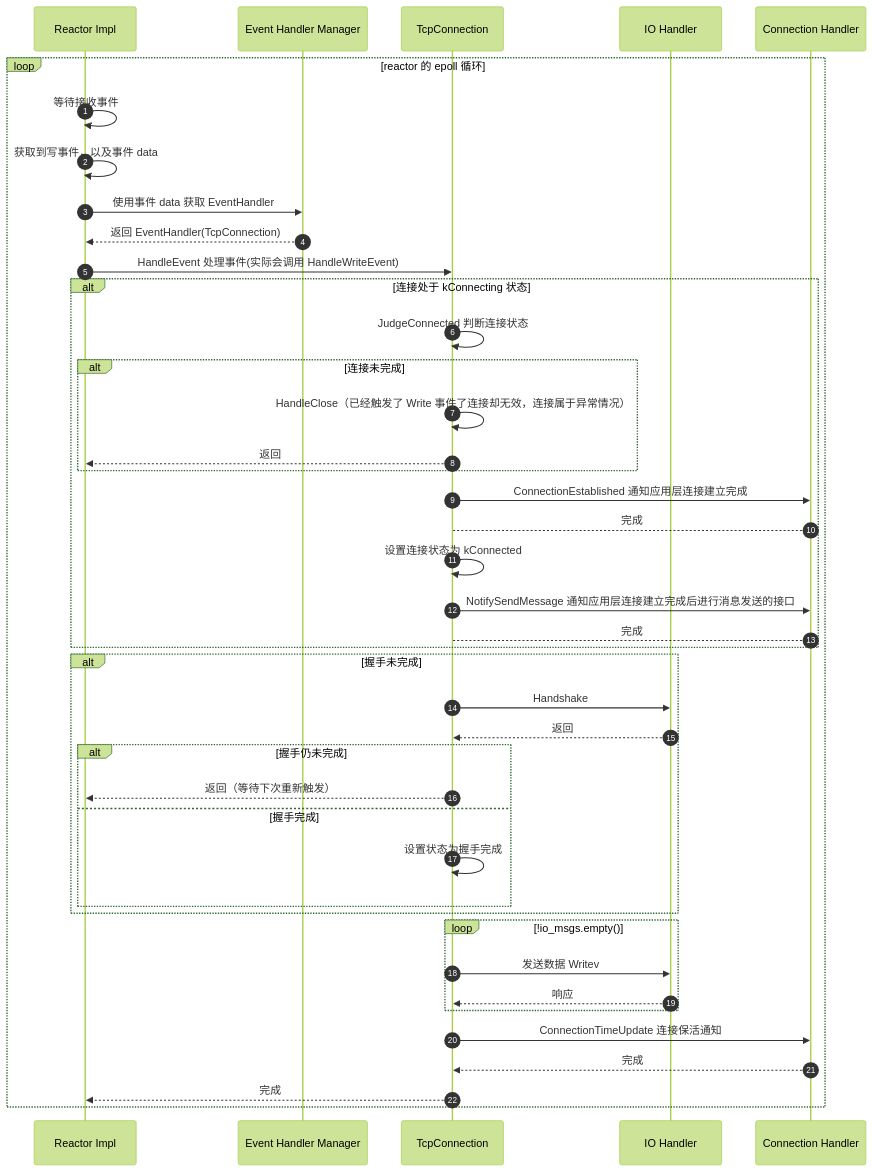
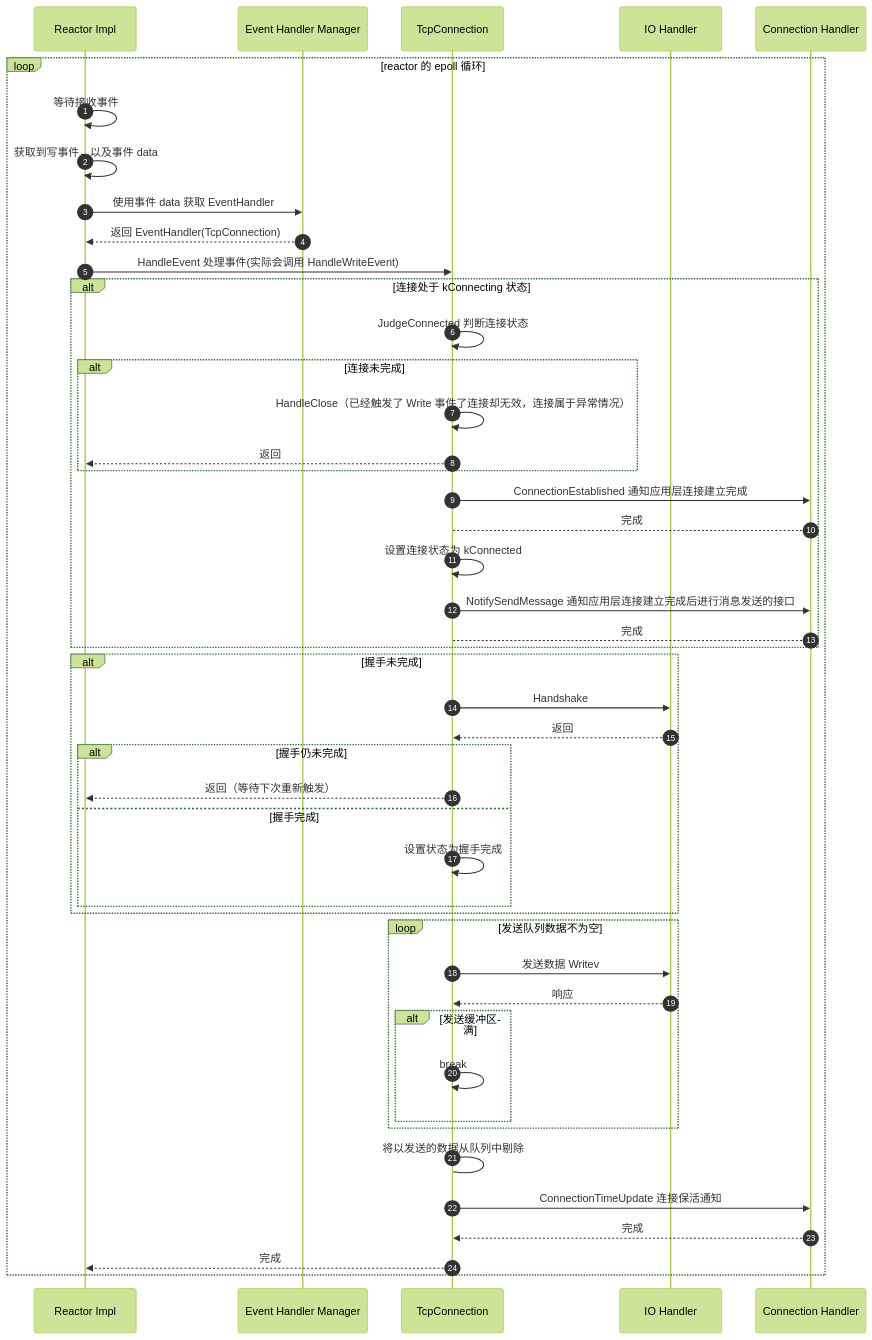
The fifth of 6 diagrams in posts/xrpc/xrpc-network-model/readme.md (lsj9383/blog), drawn with Mermaid (forest theme) before and after one commit. The commit also changed other lines of this file and 1 other file, not shown here.

````diff
--- a/posts/xrpc/xrpc-network-model/readme.md
+++ b/posts/xrpc/xrpc-network-model/readme.md
@@ -759,54 +680,59 @@
 ```mermaid
 sequenceDiagram
 autonumber
 
 participant reactor as Reactor Impl
 participant event_handler_manager as Event Handler Manager
 participant tcp_conn as TcpConnection
 participant io_handler as IO Handler
 participant conn_handler as Connection Handler
 
 loop reactor 的 epoll 循环
 
   reactor ->> reactor: 等待接收事件
   reactor ->> reactor: 获取到写事件，以及事件 data
   reactor ->> event_handler_manager: 使用事件 data 获取 EventHandler
   event_handler_manager -->> reactor: 返回 EventHandler(TcpConnection)
 
   reactor ->> tcp_conn: HandleEvent 处理事件(实际会调用 HandleWriteEvent)
 
   alt 连接处于 kConnecting 状态
     tcp_conn ->> tcp_conn: JudgeConnected 判断连接状态
     alt 连接未完成
       tcp_conn ->> tcp_conn: HandleClose（已经触发了 Write 事件了连接却无效，连接属于异常情况）
       tcp_conn -->> reactor: 返回
     end
     
     tcp_conn ->> conn_handler: ConnectionEstablished 通知应用层连接建立完成
     conn_handler --> tcp_conn: 完成
     tcp_conn ->> tcp_conn: 设置连接状态为 kConnected
     tcp_conn ->> conn_handler: NotifySendMessage 通知应用层连接建立完成后进行消息发送的接口
     conn_handler --> tcp_conn: 完成
   end
 
   alt 握手未完成
     tcp_conn ->> io_handler: Handshake
     io_handler -->> tcp_conn: 返回
     alt 握手仍未完成
       tcp_conn -->> reactor: 返回（等待下次重新触发）
     else 握手完成
       tcp_conn ->> tcp_conn: 设置状态为握手完成
     end
   end
 
-  loop !io_msgs.empty()
+  loop 发送队列数据不为空
     tcp_conn ->> io_handler: 发送数据 Writev
     io_handler -->> tcp_conn: 响应
+    alt 发送缓冲区满
+      tcp_conn ->> tcp_conn: break
+    end
   end
+
+  tcp_conn -> tcp_conn: 将以发送的数据从队列中剔除
 
   tcp_conn ->> conn_handler: ConnectionTimeUpdate 连接保活通知
   conn_handler -->> tcp_conn: 完成
 
   tcp_conn -->> reactor: 完成
 end
 ```
````
